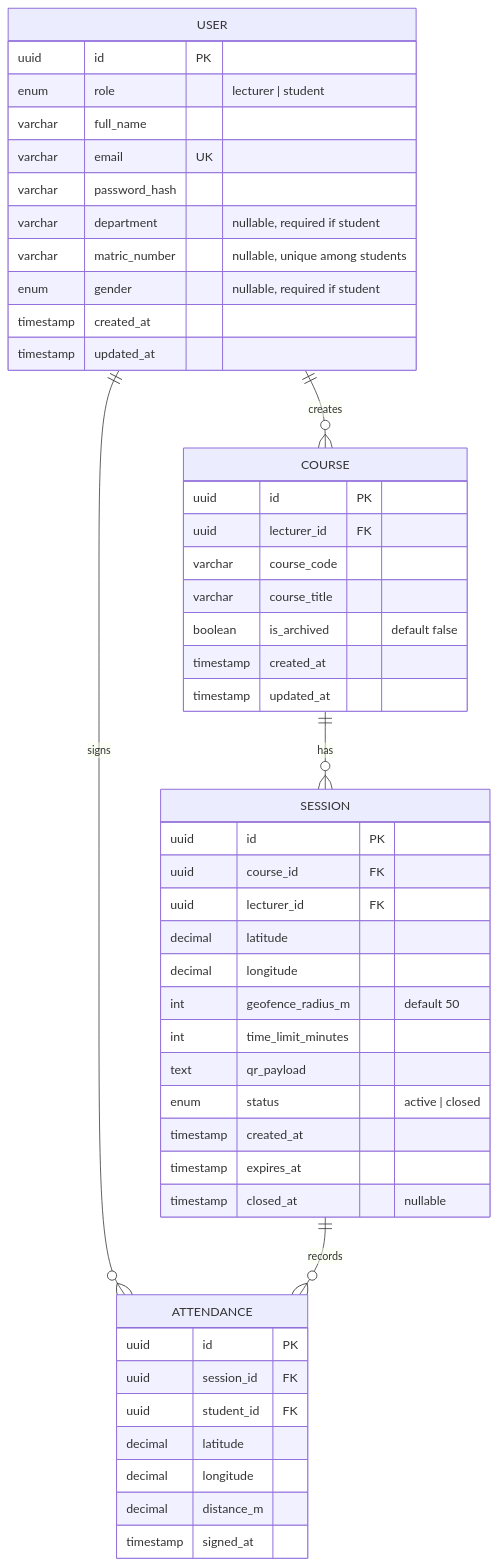
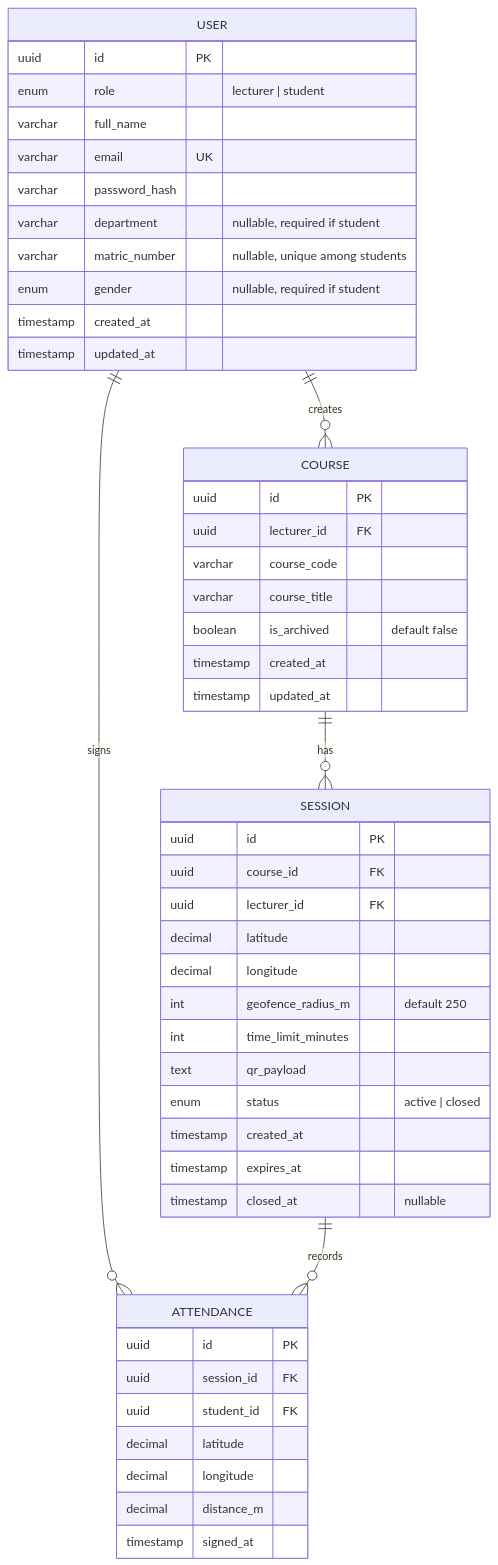
One commit to abdulbasit-io/Attendly changed the first of 3 diagrams in docs/technical_architecture.md. Above: the diagram before and after it, drawn with Mermaid. The commit also changed other lines of this file and 7 other files, not shown here.

Commit message:
feat: update default geofence radius to 250m and adjust related documentation

````diff
--- a/docs/technical_architecture.md
+++ b/docs/technical_architecture.md
@@ -111,55 +111,55 @@
 ```mermaid
 erDiagram
     USER {
         uuid id PK
         enum role "lecturer | student"
         varchar full_name
         varchar email UK
         varchar password_hash
         varchar department "nullable, required if student"
         varchar matric_number "nullable, unique among students"
         enum gender "nullable, required if student"
         timestamp created_at
         timestamp updated_at
     }
 
     COURSE {
         uuid id PK
         uuid lecturer_id FK
         varchar course_code
         varchar course_title
         boolean is_archived "default false"
         timestamp created_at
         timestamp updated_at
     }
 
     SESSION {
         uuid id PK
         uuid course_id FK
         uuid lecturer_id FK
         decimal latitude
         decimal longitude
-        int geofence_radius_m "default 50"
+        int geofence_radius_m "default 250"
         int time_limit_minutes
         text qr_payload
         enum status "active | closed"
         timestamp created_at
         timestamp expires_at
         timestamp closed_at "nullable"
     }
 
     ATTENDANCE {
         uuid id PK
         uuid session_id FK
         uuid student_id FK
         decimal latitude
         decimal longitude
         decimal distance_m
         timestamp signed_at
     }
 
     USER ||--o{ COURSE : "creates"
     USER ||--o{ ATTENDANCE : "signs"
     COURSE ||--o{ SESSION : "has"
     SESSION ||--o{ ATTENDANCE : "records"
 ```
````
